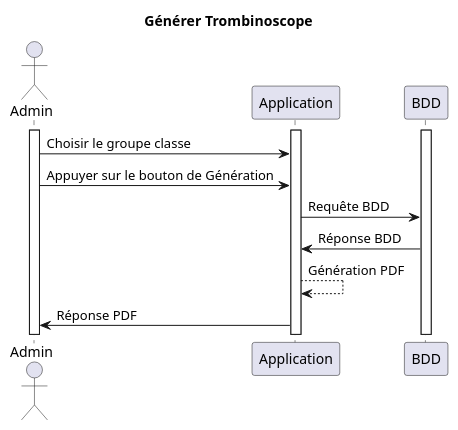
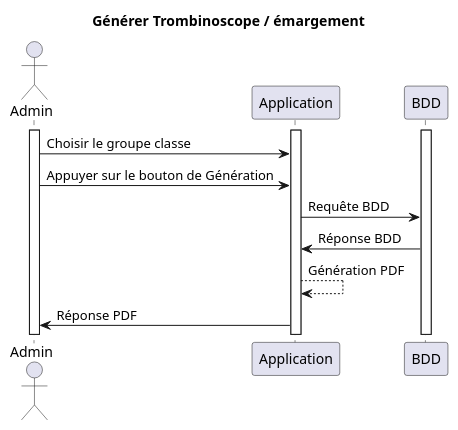
The diagram in Diagrammes/use_case_generer_trombinoscope.wsd (pandadorable/Trombinoscope), drawn with PlantUML before and after one commit. The commit also changed 2 other files, not shown here.

```diff
--- a/Diagrammes/use_case_generer_trombinoscope.wsd
+++ b/Diagrammes/use_case_generer_trombinoscope.wsd
@@ -1,19 +1,19 @@
 @startuml generer_trombi
 
-title Générer Trombinoscope
+title Générer Trombinoscope / émargement
 actor "Admin" as Ad
 participant Application
 participant BDD
 
 activate Ad
 activate Application
 activate BDD
 
 Ad -> Application : Choisir le groupe classe
 Ad -> Application : Appuyer sur le bouton de Génération
 Application -> BDD : Requête BDD
 Application <- BDD : Réponse BDD
 
 Application --> Application : Génération PDF
 Ad <- Application : Réponse PDF
 @enduml
```
